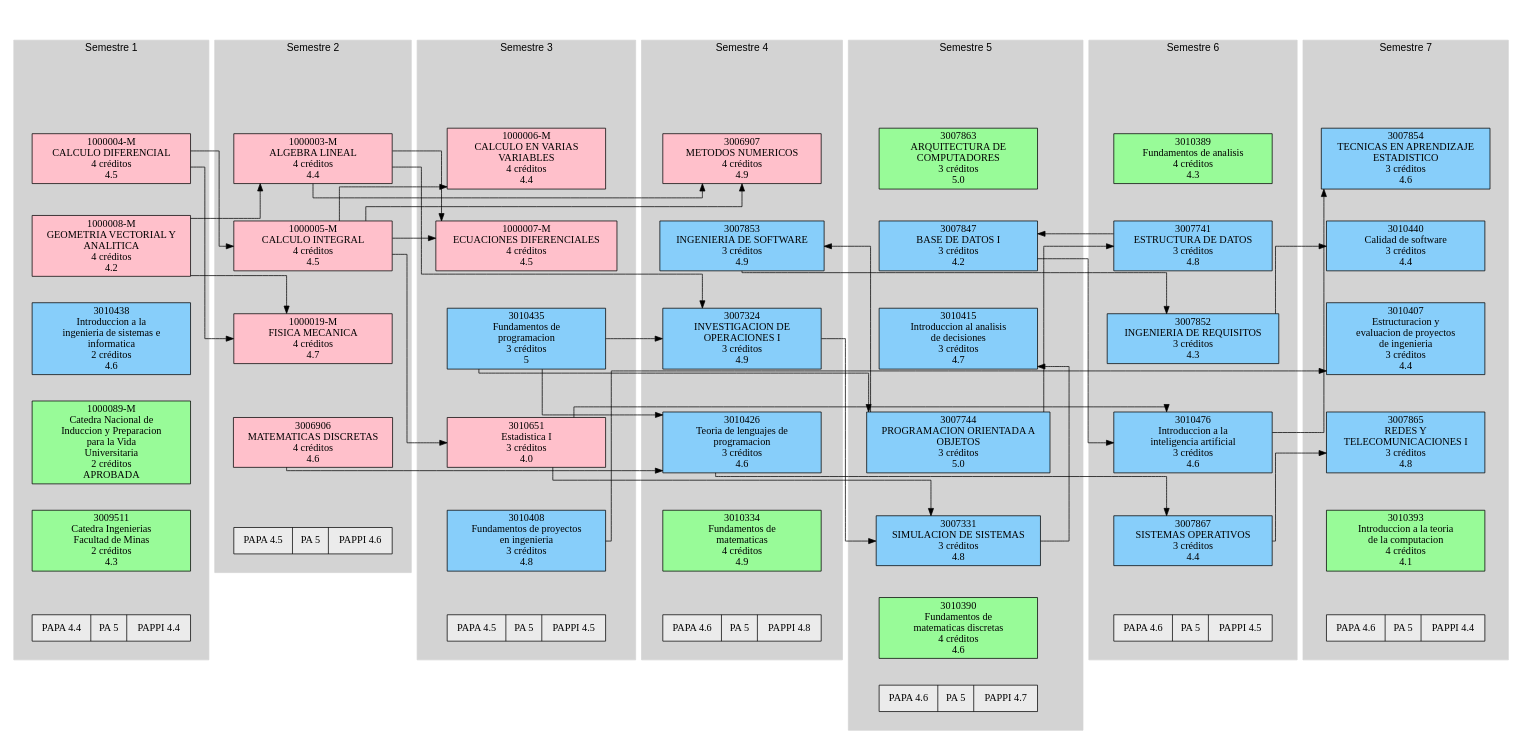
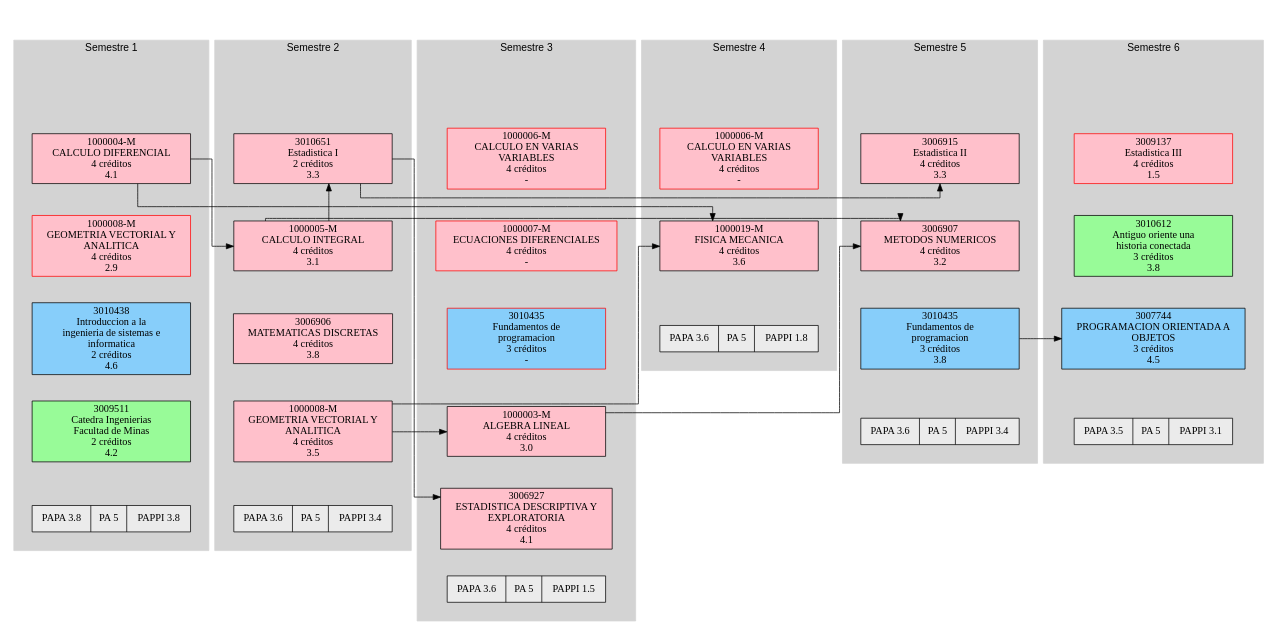
One commit to eporrasm/d-web changed the diagram in codigo/asignatura_catalog/Digraph.gv. Above: the diagram before and after it, drawn with Graphviz. The commit also changed 2 other files, not shown here.

Commit message:
Si una nota es Null, aparece hay un - en la nota de un materia

```diff
--- a/codigo/asignatura_catalog/Digraph.gv
+++ b/codigo/asignatura_catalog/Digraph.gv
@@ -10,36 +10,28 @@
 		"1000004-M" [label="1000004-M
 CALCULO DIFERENCIAL
 4 créditos
-4.5" color="#000000" fillcolor="#FFC0CB" group=sem1]
+4.1" color="#000000" fillcolor="#FFC0CB" group=sem1]
 		sem_1 -> "1000004-M" [style=invis]
-		"1000008-M" [label="1000008-M
+		"1000008-M_na1" [label="1000008-M
 GEOMETRIA VECTORIAL Y
 ANALITICA
 4 créditos
-4.2" color="#000000" fillcolor="#FFC0CB" group=sem1]
-		"1000004-M" -> "1000008-M" [style=invis]
+2.9" color="#ff0000" fillcolor="#FFC0CB" group=sem1]
+		"1000004-M" -> "1000008-M_na1" [style=invis]
 		3010438 [label="3010438
 Introduccion a la
 ingenieria de sistemas e
 informatica
 2 créditos
 4.6" color="#000000" fillcolor="#87CEFA" group=sem1]
-		"1000008-M" -> 3010438 [style=invis]
-		"1000089-M" [label="1000089-M
-Catedra Nacional de
-Induccion y Preparacion
-para la Vida
-Universitaria
-2 créditos
-APROBADA" color="#000000" fillcolor="#98FB98" group=sem1]
-		3010438 -> "1000089-M" [style=invis]
+		"1000008-M_na1" -> 3010438 [style=invis]
 		3009511 [label="3009511
 Catedra Ingenierias
 Facultad de Minas
 2 créditos
-4.3" color="#000000" fillcolor="#98FB98" group=sem1]
-		"1000089-M" -> 3009511 [style=invis]
-		"Promedio 1" [label="PAPA 4.4|PA 5|PAPPI 4.4" fillcolor="#EBEBEB" shape=record]
+4.2" color="#000000" fillcolor="#98FB98" group=sem1]
+		3010438 -> 3009511 [style=invis]
+		"Promedio 1" [label="PAPA 3.8|PA 5|PAPPI 3.8" fillcolor="#EBEBEB" shape=record]
 		3009511 -> "Promedio 1" [style=invis]
 	}
 	subgraph cluster_2 {
@@ -48,28 +40,29 @@
 		color=lightgrey fontname=Arial style=filled
 		label="Semestre 2"
 		sem_2 [label=sem_2 style=invis]
-		"1000003-M" [label="1000003-M
-ALGEBRA LINEAL
-4 créditos
-4.4" color="#000000" fillcolor="#FFC0CB" group=sem2]
-		sem_2 -> "1000003-M" [style=invis]
+		3010651 [label="3010651
+Estadistica I
+2 créditos
+3.3" color="#000000" fillcolor="#FFC0CB" group=sem2]
+		sem_2 -> 3010651 [style=invis]
 		"1000005-M" [label="1000005-M
 CALCULO INTEGRAL
 4 créditos
-4.5" color="#000000" fillcolor="#FFC0CB" group=sem2]
-		"1000003-M" -> "1000005-M" [style=invis]
-		"1000019-M" [label="1000019-M
-FISICA MECANICA
-4 créditos
-4.7" color="#000000" fillcolor="#FFC0CB" group=sem2]
-		"1000005-M" -> "1000019-M" [style=invis]
+3.1" color="#000000" fillcolor="#FFC0CB" group=sem2]
+		3010651 -> "1000005-M" [style=invis]
 		3006906 [label="3006906
 MATEMATICAS DISCRETAS
 4 créditos
-4.6" color="#000000" fillcolor="#FFC0CB" group=sem2]
-		"1000019-M" -> 3006906 [style=invis]
-		"Promedio 2" [label="PAPA 4.5|PA 5|PAPPI 4.6" fillcolor="#EBEBEB" shape=record]
-		3006906 -> "Promedio 2" [style=invis]
+3.8" color="#000000" fillcolor="#FFC0CB" group=sem2]
+		"1000005-M" -> 3006906 [style=invis]
+		"1000008-M" [label="1000008-M
+GEOMETRIA VECTORIAL Y
+ANALITICA
+4 créditos
+3.5" color="#000000" fillcolor="#FFC0CB" group=sem2]
+		3006906 -> "1000008-M" [style=invis]
+		"Promedio 2" [label="PAPA 3.6|PA 5|PAPPI 3.4" fillcolor="#EBEBEB" shape=record]
+		"1000008-M" -> "Promedio 2" [style=invis]
 	}
 	subgraph cluster_3 {
 		graph [margin=25]
@@ -77,36 +70,36 @@
 		color=lightgrey fontname=Arial style=filled
 		label="Semestre 3"
 		sem_3 [label=sem_3 style=invis]
-		"1000006-M" [label="1000006-M
+		"1000006-M_c3" [label="1000006-M
 CALCULO EN VARIAS
 VARIABLES
 4 créditos
-4.4" color="#000000" fillcolor="#FFC0CB" group=sem3]
-		sem_3 -> "1000006-M" [style=invis]
-		"1000007-M" [label="1000007-M
+-" color="#ff0000" fillcolor="#FFC0CB" group=sem3]
+		sem_3 -> "1000006-M_c3" [style=invis]
+		"1000007-M_c3" [label="1000007-M
 ECUACIONES DIFERENCIALES
 4 créditos
-4.5" color="#000000" fillcolor="#FFC0CB" group=sem3]
-		"1000006-M" -> "1000007-M" [style=invis]
-		3010435 [label="3010435
+-" color="#ff0000" fillcolor="#FFC0CB" group=sem3]
+		"1000006-M_c3" -> "1000007-M_c3" [style=invis]
+		"3010435_c3" [label="3010435
 Fundamentos de
 programacion
 3 créditos
-5" color="#000000" fillcolor="#87CEFA" group=sem3]
-		"1000007-M" -> 3010435 [style=invis]
-		3010651 [label="3010651
-Estadistica I
-3 créditos
-4.0" color="#000000" fillcolor="#FFC0CB" group=sem3]
-		3010435 -> 3010651 [style=invis]
-		3010408 [label="3010408
-Fundamentos de proyectos
-en ingenieria
-3 créditos
-4.8" color="#000000" fillcolor="#87CEFA" group=sem3]
-		3010651 -> 3010408 [style=invis]
-		"Promedio 3" [label="PAPA 4.5|PA 5|PAPPI 4.5" fillcolor="#EBEBEB" shape=record]
-		3010408 -> "Promedio 3" [style=invis]
+-" color="#ff0000" fillcolor="#87CEFA" group=sem3]
+		"1000007-M_c3" -> "3010435_c3" [style=invis]
+		"1000003-M" [label="1000003-M
+ALGEBRA LINEAL
+4 créditos
+3.0" color="#000000" fillcolor="#FFC0CB" group=sem3]
+		"3010435_c3" -> "1000003-M" [style=invis]
+		3006927 [label="3006927
+ESTADISTICA DESCRIPTIVA Y
+EXPLORATORIA
+4 créditos
+4.1" color="#000000" fillcolor="#FFC0CB" group=sem3]
+		"1000003-M" -> 3006927 [style=invis]
+		"Promedio 3" [label="PAPA 3.6|PA 5|PAPPI 1.5" fillcolor="#EBEBEB" shape=record]
+		3006927 -> "Promedio 3" [style=invis]
 	}
 	subgraph cluster_4 {
 		graph [margin=25]
@@ -114,36 +107,19 @@
 		color=lightgrey fontname=Arial style=filled
 		label="Semestre 4"
 		sem_4 [label=sem_4 style=invis]
-		3006907 [label="3006907
-METODOS NUMERICOS
+		"1000006-M_c4" [label="1000006-M
+CALCULO EN VARIAS
+VARIABLES
 4 créditos
-4.9" color="#000000" fillcolor="#FFC0CB" group=sem4]
-		sem_4 -> 3006907 [style=invis]
-		3007853 [label="3007853
-INGENIERIA DE SOFTWARE
-3 créditos
-4.9" color="#000000" fillcolor="#87CEFA" group=sem4]
-		3006907 -> 3007853 [style=invis]
-		3007324 [label="3007324
-INVESTIGACION DE
-OPERACIONES I
-3 créditos
-4.9" color="#000000" fillcolor="#87CEFA" group=sem4]
-		3007853 -> 3007324 [style=invis]
-		3010426 [label="3010426
-Teoria de lenguajes de
-programacion
-3 créditos
-4.6" color="#000000" fillcolor="#87CEFA" group=sem4]
-		3007324 -> 3010426 [style=invis]
-		3010334 [label="3010334
-Fundamentos de
-matematicas
+-" color="#ff0000" fillcolor="#FFC0CB" group=sem4]
+		sem_4 -> "1000006-M_c4" [style=invis]
+		"1000019-M" [label="1000019-M
+FISICA MECANICA
 4 créditos
-4.9" color="#000000" fillcolor="#98FB98" group=sem4]
-		3010426 -> 3010334 [style=invis]
-		"Promedio 4" [label="PAPA 4.6|PA 5|PAPPI 4.8" fillcolor="#EBEBEB" shape=record]
-		3010334 -> "Promedio 4" [style=invis]
+3.6" color="#000000" fillcolor="#FFC0CB" group=sem4]
+		"1000006-M_c4" -> "1000019-M" [style=invis]
+		"Promedio 4" [label="PAPA 3.6|PA 5|PAPPI 1.8" fillcolor="#EBEBEB" shape=record]
+		"1000019-M" -> "Promedio 4" [style=invis]
 	}
 	subgraph cluster_5 {
 		graph [margin=25]
@@ -151,42 +127,24 @@
 		color=lightgrey fontname=Arial style=filled
 		label="Semestre 5"
 		sem_5 [label=sem_5 style=invis]
-		3007863 [label="3007863
-ARQUITECTURA DE
-COMPUTADORES
+		3006915 [label="3006915
+Estadistica II
+4 créditos
+3.3" color="#000000" fillcolor="#FFC0CB" group=sem5]
+		sem_5 -> 3006915 [style=invis]
+		3006907 [label="3006907
+METODOS NUMERICOS
+4 créditos
+3.2" color="#000000" fillcolor="#FFC0CB" group=sem5]
+		3006915 -> 3006907 [style=invis]
+		3010435 [label="3010435
+Fundamentos de
+programacion
 3 créditos
-5.0" color="#000000" fillcolor="#98FB98" group=sem5]
-		sem_5 -> 3007863 [style=invis]
-		3007847 [label="3007847
-BASE DE DATOS I
-3 créditos
-4.2" color="#000000" fillcolor="#87CEFA" group=sem5]
-		3007863 -> 3007847 [style=invis]
-		3010415 [label="3010415
-Introduccion al analisis
-de decisiones
-3 créditos
-4.7" color="#000000" fillcolor="#87CEFA" group=sem5]
-		3007847 -> 3010415 [style=invis]
-		3007744 [label="3007744
-PROGRAMACION ORIENTADA A
-OBJETOS
-3 créditos
-5.0" color="#000000" fillcolor="#87CEFA" group=sem5]
-		3010415 -> 3007744 [style=invis]
-		3007331 [label="3007331
-SIMULACION DE SISTEMAS
-3 créditos
-4.8" color="#000000" fillcolor="#87CEFA" group=sem5]
-		3007744 -> 3007331 [style=invis]
-		3010390 [label="3010390
-Fundamentos de
-matematicas discretas
-4 créditos
-4.6" color="#000000" fillcolor="#98FB98" group=sem5]
-		3007331 -> 3010390 [style=invis]
-		"Promedio 5" [label="PAPA 4.6|PA 5|PAPPI 4.7" fillcolor="#EBEBEB" shape=record]
-		3010390 -> "Promedio 5" [style=invis]
+3.8" color="#000000" fillcolor="#87CEFA" group=sem5]
+		3006907 -> 3010435 [style=invis]
+		"Promedio 5" [label="PAPA 3.6|PA 5|PAPPI 3.4" fillcolor="#EBEBEB" shape=record]
+		3010435 -> "Promedio 5" [style=invis]
 	}
 	subgraph cluster_6 {
 		graph [margin=25]
@@ -194,109 +152,41 @@
 		color=lightgrey fontname=Arial style=filled
 		label="Semestre 6"
 		sem_6 [label=sem_6 style=invis]
-		3010389 [label="3010389
-Fundamentos de analisis
+		"3009137_na6" [label="3009137
+Estadistica III
 4 créditos
-4.3" color="#000000" fillcolor="#98FB98" group=sem6]
-		sem_6 -> 3010389 [style=invis]
-		3007741 [label="3007741
-ESTRUCTURA DE DATOS
+1.5" color="#ff0000" fillcolor="#FFC0CB" group=sem6]
+		sem_6 -> "3009137_na6" [style=invis]
+		3010612 [label="3010612
+Antiguo oriente una
+historia conectada
 3 créditos
-4.8" color="#000000" fillcolor="#87CEFA" group=sem6]
-		3010389 -> 3007741 [style=invis]
-		3007852 [label="3007852
-INGENIERIA DE REQUISITOS
+3.8" color="#000000" fillcolor="#98FB98" group=sem6]
+		"3009137_na6" -> 3010612 [style=invis]
+		3007744 [label="3007744
+PROGRAMACION ORIENTADA A
+OBJETOS
 3 créditos
-4.3" color="#000000" fillcolor="#87CEFA" group=sem6]
-		3007741 -> 3007852 [style=invis]
-		3010476 [label="3010476
-Introduccion a la
-inteligencia artificial
-3 créditos
-4.6" color="#000000" fillcolor="#87CEFA" group=sem6]
-		3007852 -> 3010476 [style=invis]
-		3007867 [label="3007867
-SISTEMAS OPERATIVOS
-3 créditos
-4.4" color="#000000" fillcolor="#87CEFA" group=sem6]
-		3010476 -> 3007867 [style=invis]
-		"Promedio 6" [label="PAPA 4.6|PA 5|PAPPI 4.5" fillcolor="#EBEBEB" shape=record]
-		3007867 -> "Promedio 6" [style=invis]
+4.5" color="#000000" fillcolor="#87CEFA" group=sem6]
+		3010612 -> 3007744 [style=invis]
+		"Promedio 6" [label="PAPA 3.5|PA 5|PAPPI 3.1" fillcolor="#EBEBEB" shape=record]
+		3007744 -> "Promedio 6" [style=invis]
 	}
-	subgraph cluster_7 {
-		graph [margin=25]
-		node [shape=box style=filled width=3]
-		color=lightgrey fontname=Arial style=filled
-		label="Semestre 7"
-		sem_7 [label=sem_7 style=invis]
-		3007854 [label="3007854
-TECNICAS EN APRENDIZAJE
-ESTADISTICO
-3 créditos
-4.6" color="#000000" fillcolor="#87CEFA" group=sem7]
-		sem_7 -> 3007854 [style=invis]
-		3010440 [label="3010440
-Calidad de software
-3 créditos
-4.4" color="#000000" fillcolor="#87CEFA" group=sem7]
-		3007854 -> 3010440 [style=invis]
-		3010407 [label="3010407
-Estructuracion y
-evaluacion de proyectos
-de ingenieria
-3 créditos
-4.4" color="#000000" fillcolor="#87CEFA" group=sem7]
-		3010440 -> 3010407 [style=invis]
-		3007865 [label="3007865
-REDES Y
-TELECOMUNICACIONES I
-3 créditos
-4.8" color="#000000" fillcolor="#87CEFA" group=sem7]
-		3010407 -> 3007865 [style=invis]
-		3010393 [label="3010393
-Introduccion a la teoria
-de la computacion
-4 créditos
-4.1" color="#000000" fillcolor="#98FB98" group=sem7]
-		3007865 -> 3010393 [style=invis]
-		"Promedio 7" [label="PAPA 4.6|PA 5|PAPPI 4.4" fillcolor="#EBEBEB" shape=record]
-		3010393 -> "Promedio 7" [style=invis]
-	}
+	"1000005-M" -> 3010651 [constraint=false]
+	"1000004-M" -> "1000005-M" [constraint=false]
 	"1000008-M" -> "1000003-M" [constraint=false]
-	"1000004-M" -> "1000005-M" [constraint=false]
+	3010651 -> 3006927 [constraint=false]
 	"1000004-M" -> "1000019-M" [constraint=false]
 	"1000008-M" -> "1000019-M" [constraint=false]
-	"1000005-M" -> "1000006-M" [constraint=false]
-	"1000003-M" -> "1000007-M" [constraint=false]
-	"1000005-M" -> "1000007-M" [constraint=false]
-	"1000005-M" -> 3010651 [constraint=false]
+	3010651 -> 3006915 [constraint=false]
 	"1000003-M" -> 3006907 [constraint=false]
 	"1000005-M" -> 3006907 [constraint=false]
-	3007744 -> 3007853 [constraint=false]
-	"1000003-M" -> 3007324 [constraint=false]
-	3010435 -> 3007324 [constraint=false]
-	3010435 -> 3010426 [constraint=false]
-	3006906 -> 3010426 [constraint=false]
-	3007741 -> 3007847 [constraint=false]
-	3007331 -> 3010415 [constraint=false]
 	3010435 -> 3007744 [constraint=false]
-	3007324 -> 3007331 [constraint=false]
-	3010651 -> 3007331 [constraint=false]
-	3007744 -> 3007741 [constraint=false]
-	3007853 -> 3007852 [constraint=false]
-	3010651 -> 3010476 [constraint=false]
-	3007847 -> 3010476 [constraint=false]
-	3010426 -> 3007867 [constraint=false]
-	3010476 -> 3007854 [constraint=false]
-	3007852 -> 3010440 [constraint=false]
-	3010408 -> 3010407 [constraint=false]
-	3007867 -> 3007865 [constraint=false]
 	start -> sem_1 [lhead=cluster_1 style=invis]
 	start -> sem_2 [lhead=cluster_2 style=invis]
 	start -> sem_3 [lhead=cluster_3 style=invis]
 	start -> sem_4 [lhead=cluster_4 style=invis]
 	start -> sem_5 [lhead=cluster_5 style=invis]
 	start -> sem_6 [lhead=cluster_6 style=invis]
-	start -> sem_7 [lhead=cluster_7 style=invis]
 	start [shape=Mdiamond style=invis]
 }
```
